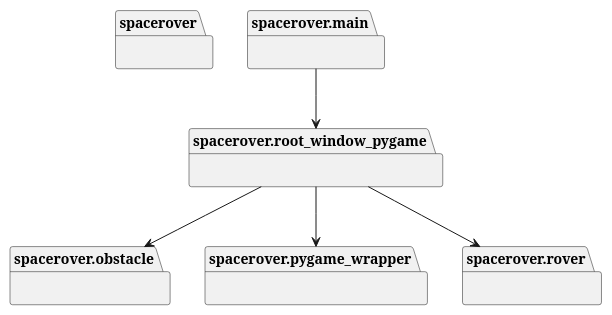
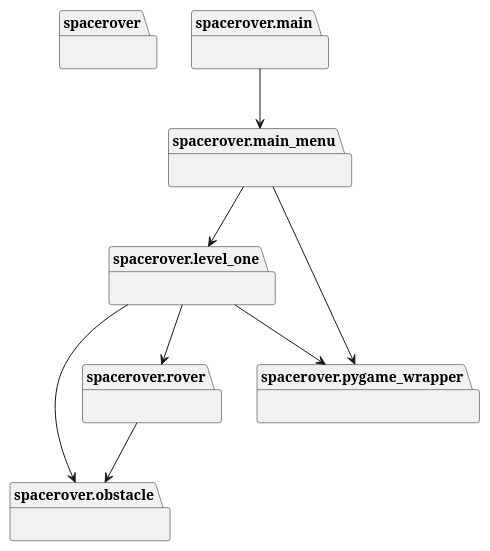
One commit to teko-L-TIN-22-Di-a/rover changed the diagram in docs/images/packages.puml. Above: the diagram before and after it, drawn with PlantUML. The commit also changed 9 other files, not shown here.

```diff
--- a/docs/images/packages.puml
+++ b/docs/images/packages.puml
@@ -1,19 +1,24 @@
 @startuml packages
 set namespaceSeparator none
 package "spacerover" as spacerover {
 }
+package "spacerover.level_one" as spacerover.level_one {
+}
 package "spacerover.main" as spacerover.main {
+}
+package "spacerover.main_menu" as spacerover.main_menu {
 }
 package "spacerover.obstacle" as spacerover.obstacle {
 }
 package "spacerover.pygame_wrapper" as spacerover.pygame_wrapper {
 }
-package "spacerover.root_window_pygame" as spacerover.root_window_pygame {
-}
 package "spacerover.rover" as spacerover.rover {
 }
-spacerover.main --> spacerover.root_window_pygame
-spacerover.root_window_pygame --> spacerover.obstacle
-spacerover.root_window_pygame --> spacerover.pygame_wrapper
-spacerover.root_window_pygame --> spacerover.rover
+spacerover.level_one --> spacerover.obstacle
+spacerover.level_one --> spacerover.pygame_wrapper
+spacerover.level_one --> spacerover.rover
+spacerover.main --> spacerover.main_menu
+spacerover.main_menu --> spacerover.level_one
+spacerover.main_menu --> spacerover.pygame_wrapper
+spacerover.rover --> spacerover.obstacle
 @enduml
```
